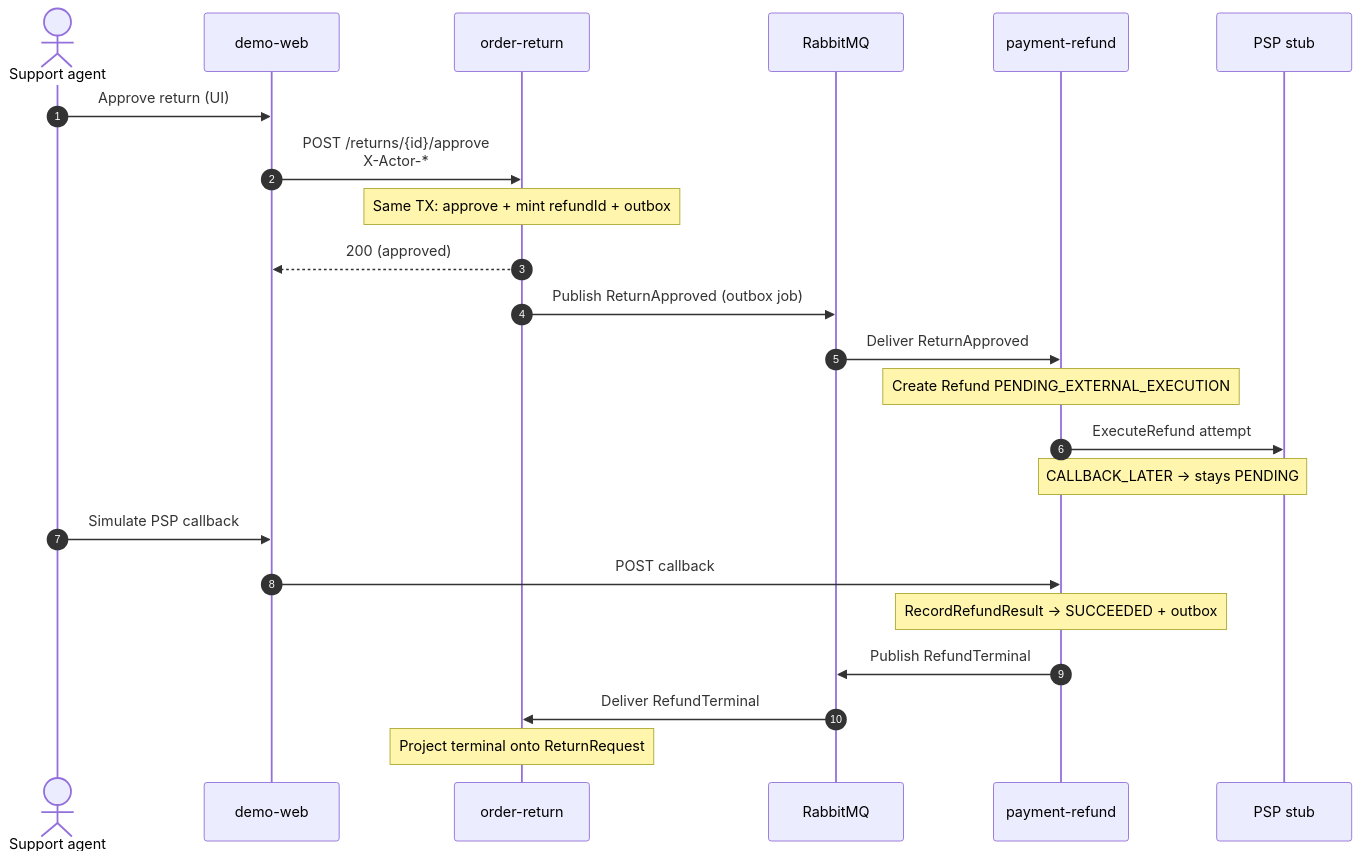
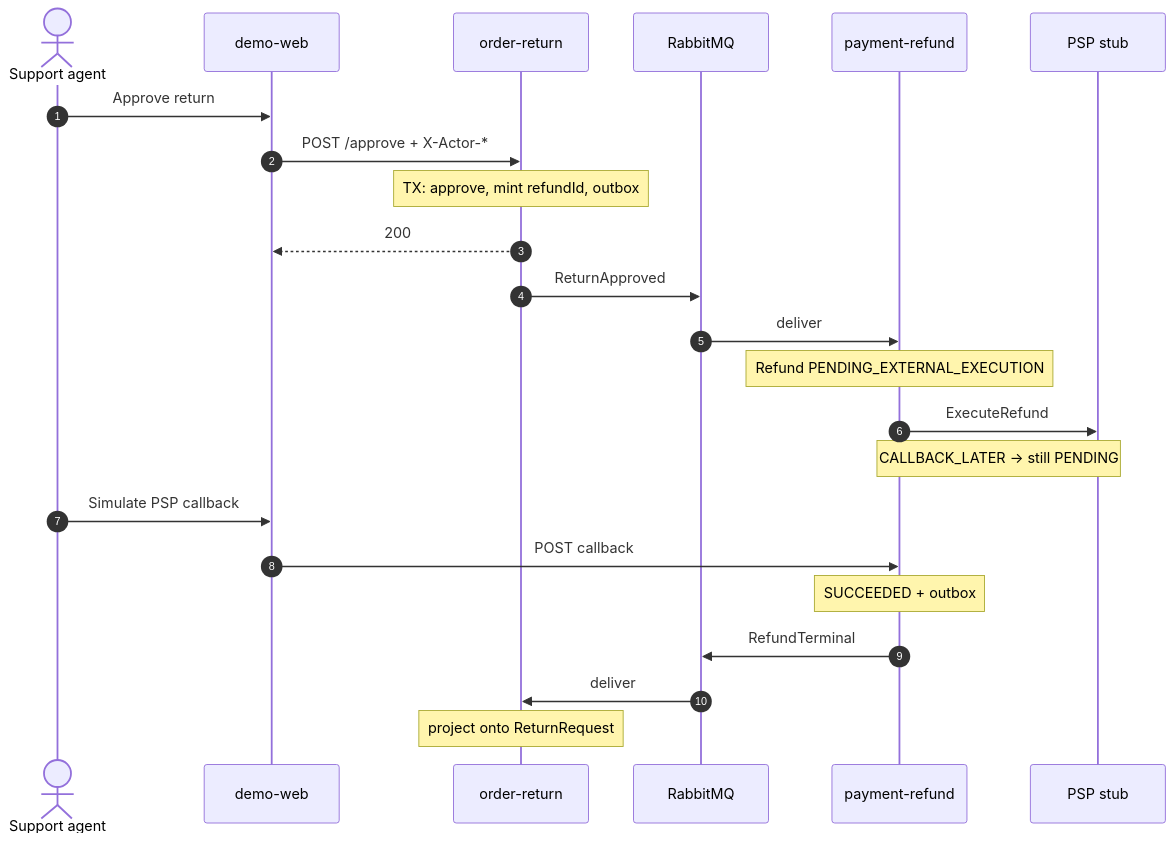
Before and after one commit to chunchill/novashop: the diagram in docs/architecture/04-dynamic-approve-refund.md, drawn with Mermaid. The commit also changed other lines of this file and 4 other files, not shown here.

Commit message:
docs: redraw architecture with flowchart layout (C4 model, not C4* syntax)

````diff
--- a/docs/architecture/04-dynamic-approve-refund.md
+++ b/docs/architecture/04-dynamic-approve-refund.md
@@ -5,28 +5,28 @@
 ```mermaid
 sequenceDiagram
   autonumber
   actor Agent as Support agent
   participant Demo as demo-web
   participant OR as order-return
   participant RMQ as RabbitMQ
   participant PR as payment-refund
   participant PSP as PSP stub
 
-  Agent->>Demo: Approve return (UI)
-  Demo->>OR: POST /returns/{id}/approve<br/>X-Actor-*
-  Note over OR: Same TX: approve + mint refundId + outbox
-  OR-->>Demo: 200 (approved)
+  Agent->>Demo: Approve return
+  Demo->>OR: POST /approve + X-Actor-*
+  Note over OR: TX: approve, mint refundId, outbox
+  OR-->>Demo: 200
 
-  OR->>RMQ: Publish ReturnApproved (outbox job)
-  RMQ->>PR: Deliver ReturnApproved
-  Note over PR: Create Refund PENDING_EXTERNAL_EXECUTION
-  PR->>PSP: ExecuteRefund attempt
-  Note over PSP,PR: CALLBACK_LATER → stays PENDING
+  OR->>RMQ: ReturnApproved
+  RMQ->>PR: deliver
+  Note over PR: Refund PENDING_EXTERNAL_EXECUTION
+  PR->>PSP: ExecuteRefund
+  Note over PR,PSP: CALLBACK_LATER → still PENDING
 
   Agent->>Demo: Simulate PSP callback
   Demo->>PR: POST callback
-  Note over PR: RecordRefundResult → SUCCEEDED + outbox
-  PR->>RMQ: Publish RefundTerminal
-  RMQ->>OR: Deliver RefundTerminal
-  Note over OR: Project terminal onto ReturnRequest
+  Note over PR: SUCCEEDED + outbox
+  PR->>RMQ: RefundTerminal
+  RMQ->>OR: deliver
+  Note over OR: project onto ReturnRequest
 ```
````
